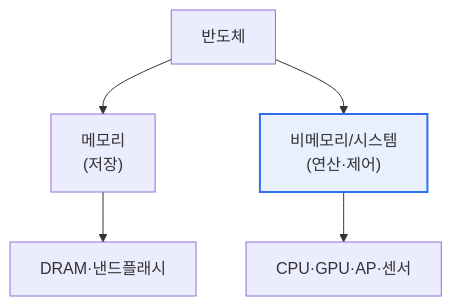
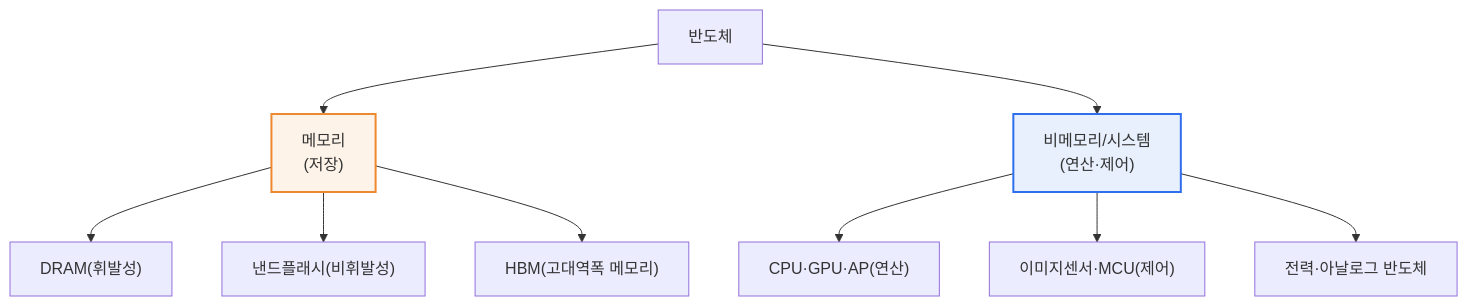
One commit to coninggu/wjdqhrhksflrltnftk changed the first of 2 diagrams in content/semiconductor-industry.md. Above: the diagram before and after it, drawn with Mermaid. The commit also changed other lines of this file and 3 other files, not shown here.

Commit message:
Deepen 반도체 산업(메모리·비메모리·가치사슬), 마이크로서비스 아키텍처(MSA) (auto)

````diff
--- a/content/semiconductor-industry.md
+++ b/content/semiconductor-industry.md
@@ -12,8 +20,13 @@
 ```mermaid
 flowchart TB
   S[반도체] --> M["메모리<br/>(저장)"]
   S --> N["비메모리/시스템<br/>(연산·제어)"]
-  M --> M1[DRAM·낸드플래시]
-  N --> N1[CPU·GPU·AP·센서]
+  M --> M1["DRAM(휘발성)"]
+  M --> M2["낸드플래시(비휘발성)"]
+  M --> M3["HBM(고대역폭 메모리)"]
+  N --> N1["CPU·GPU·AP(연산)"]
+  N --> N2["이미지센서·MCU(제어)"]
+  N --> N3["전력·아날로그 반도체"]
   style N fill:#e8f0fe,stroke:#2f6fed,stroke-width:2px
+  style M fill:#fef3e8,stroke:#ed8a2f,stroke-width:2px
 ```
````
